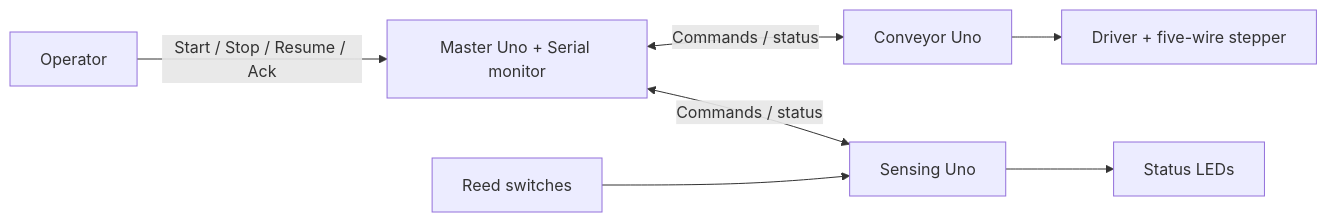
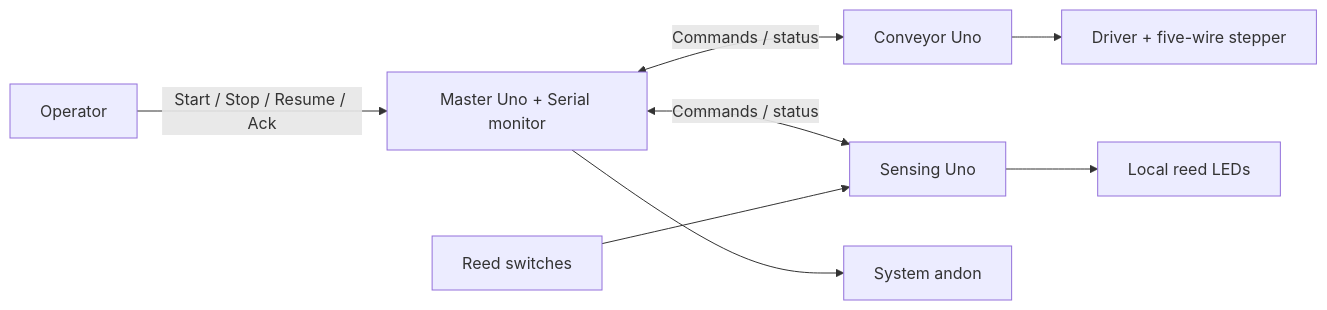
The diagram in README.md (BitHarp/icte4005), drawn with Mermaid before and after one commit. The commit also changed other lines of this file and 29 other files, not shown here.

First line of the commit message:
Implement v2 firmware: read-only sensing, master process and host tests

````diff
--- a/README.md
+++ b/README.md
@@ -14,9 +14,10 @@
 ```mermaid
 flowchart LR
     Operator -->|Start / Stop / Resume / Ack| Master[Master Uno + Serial monitor]
     Master <-->|Commands / status| Conveyor[Conveyor Uno]
     Master <-->|Commands / status| Sensing[Sensing Uno]
     Conveyor --> Driver[Driver + five-wire stepper]
     Reeds[Reed switches] --> Sensing
-    Sensing --> Andon[Status LEDs]
+    Sensing --> Local[Local reed LEDs]
+    Master --> Andon[System andon]
 ```
````
